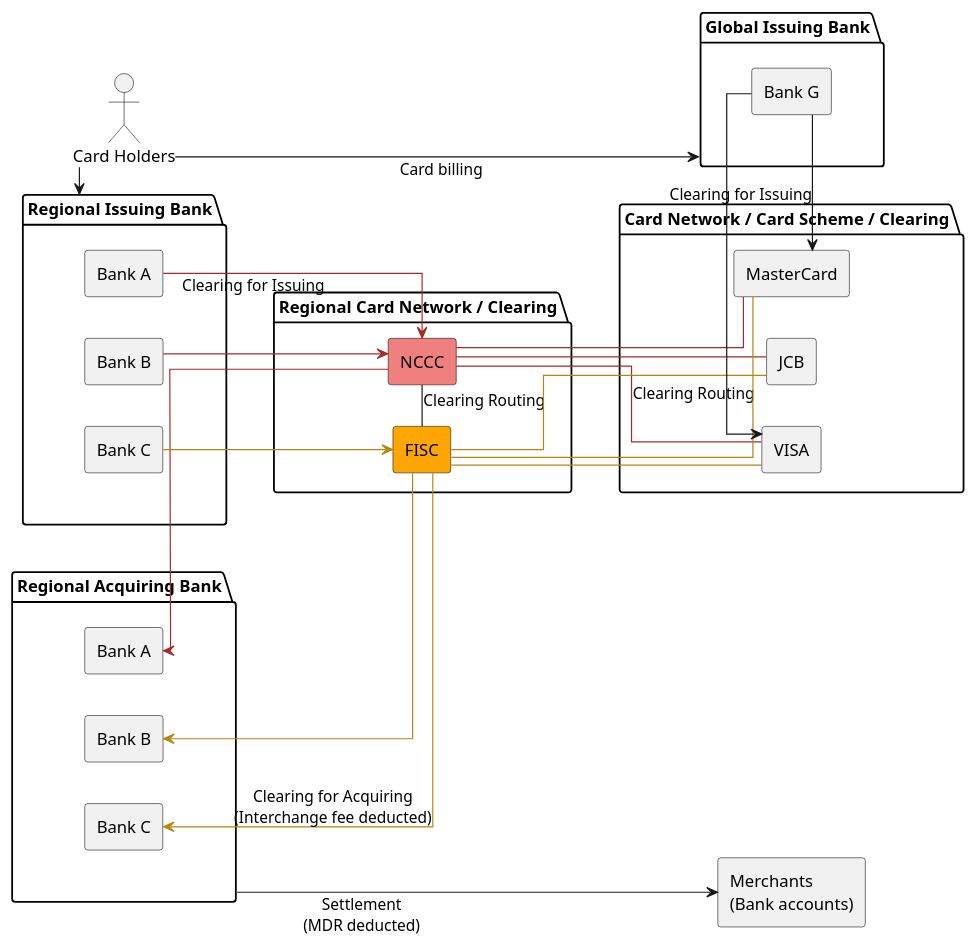
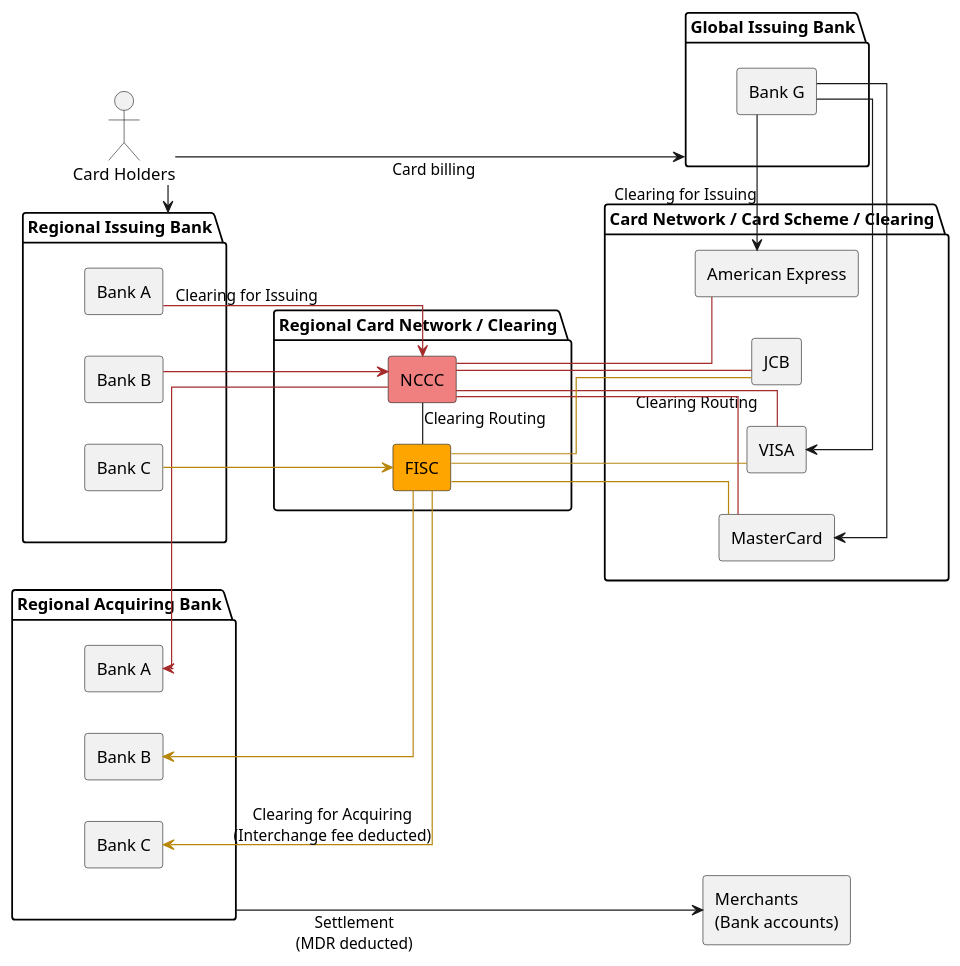
Before and after one commit to yidas/web-service-architectures: the diagram in payment/local-card-services-clearing.plantuml, drawn with PlantUML.

```diff
--- a/payment/local-card-services-clearing.plantuml
+++ b/payment/local-card-services-clearing.plantuml
@@ -1,53 +1,56 @@
 @startuml
 skinparam linetype polyline
 skinparam linetype ortho
 left to right direction
 
 actor "Card Holders" as user
 agent "Merchants \n(Bank accounts)" as merchant
 package "Card Network / Card Scheme / Clearing" as ccnet {
   agent "VISA" as visa
   agent "MasterCard" as mc
   agent "JCB" as jcb
+  agent "American Express" as axp
 }
 package "Regional Card Network / Clearing" as ccnet_local {
   agent "NCCC" as nccc #lightcoral
   agent "FISC" as fisc #orange
 }
 package "Global Issuing Bank" as issuer_global {
   agent "Bank G" as issuer_global_a
 }
 package "Regional Issuing Bank" as issuer_local {
   agent "Bank A" as issuer_a
   agent "Bank C" as issuer_b
   agent "Bank B" as issuer_c
 }
 package "Regional Acquiring Bank" as acquirer_local {
   agent "Bank A" as acquirer_a
   agent "Bank C" as acquirer_b
   agent "Bank B" as acquirer_c
 }
 
 nccc - fisc: Clearing Routing
 nccc --[#brown] visa: Clearing Routing
 nccc --[#brown] mc
 nccc --[#brown] jcb
+nccc --[#brown] axp
 fisc --[#darkGoldenRod] visa
 fisc --[#darkGoldenRod] mc
 fisc -[#darkGoldenRod] jcb
 
 issuer_a --[#brown]> nccc: Clearing for Issuing
 acquirer_a <--[#brown] nccc
 issuer_b --[#darkGoldenRod]> fisc
 acquirer_b <--[#darkGoldenRod] fisc: Clearing for Acquiring\n(Interchange fee deducted)
 issuer_c --[#brown]> nccc
 acquirer_c <--[#darkGoldenRod] fisc
 
 issuer_global_a -right-> visa
-issuer_global_a -right-> mc: Clearing for Issuing
+issuer_global_a -right-> mc
+issuer_global_a -right-> axp: Clearing for Issuing
 
 acquirer_local ---> merchant: Settlement\n(MDR deducted)
 
 user --> issuer_global: Card billing
 user -> issuer_local
 @enduml
```
